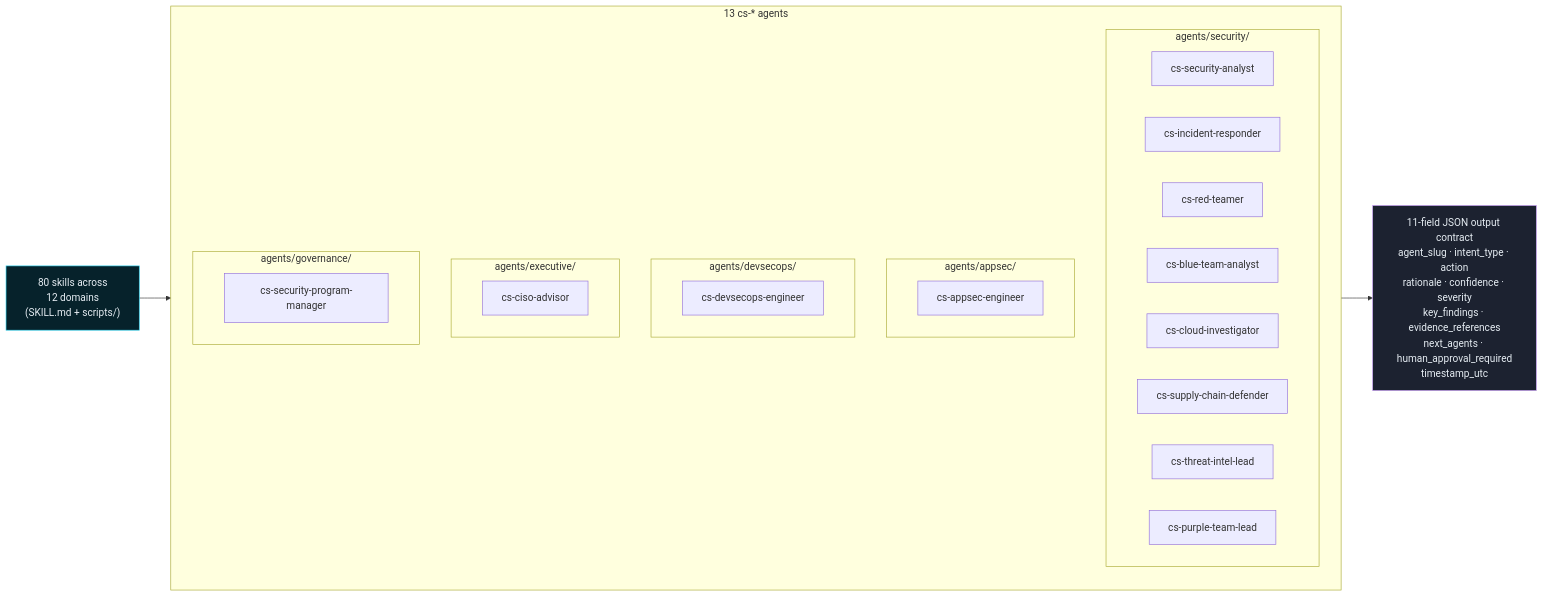
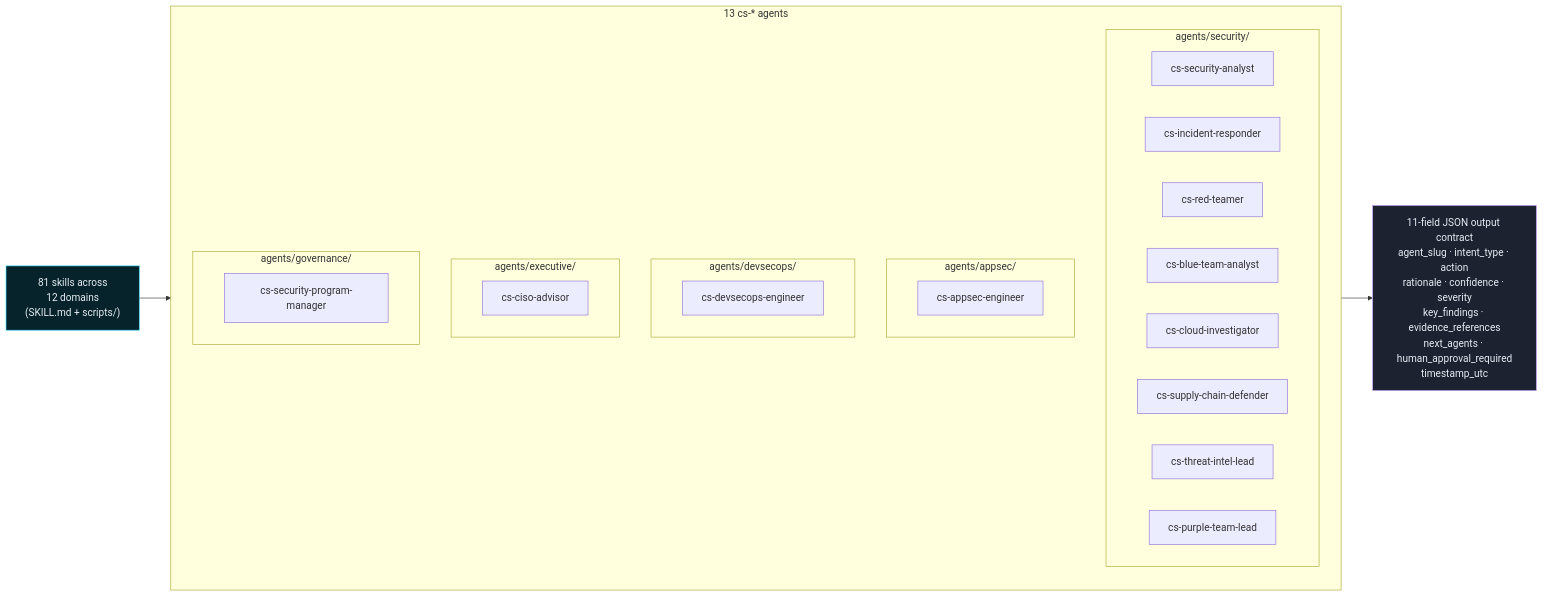
One commit to jaskaranhundal/usap-skills changed the diagram in README.md. Above: the diagram before and after it, drawn with Mermaid. The commit also changed other lines of this file and 30 other files, not shown here.

````diff
--- a/README.md
+++ b/README.md
@@ -97,33 +97,33 @@
 ```mermaid
 flowchart LR
-    SK["80 skills across<br/>12 domains<br/>(SKILL.md + scripts/)"]:::skill --> A
+    SK["81 skills across<br/>12 domains<br/>(SKILL.md + scripts/)"]:::skill --> A
     subgraph A ["13 cs-* agents"]
         direction TB
         subgraph S ["agents/security/"]
             S1[cs-security-analyst]
             S2[cs-incident-responder]
             S3[cs-red-teamer]
             S4[cs-blue-team-analyst]
             S5[cs-cloud-investigator]
             S6[cs-supply-chain-defender]
             S7[cs-threat-intel-lead]
             S8[cs-purple-team-lead]
         end
         subgraph P ["agents/appsec/"]
             P1[cs-appsec-engineer]
         end
         subgraph D ["agents/devsecops/"]
             D1[cs-devsecops-engineer]
         end
         subgraph E ["agents/executive/"]
             E1[cs-ciso-advisor]
         end
         subgraph G ["agents/governance/"]
             G1[cs-security-program-manager]
         end
     end
     A --> OUT["11-field JSON output contract<br/>agent_slug · intent_type · action<br/>rationale · confidence · severity<br/>key_findings · evidence_references<br/>next_agents · human_approval_required<br/>timestamp_utc"]:::out
 
     classDef skill fill:#06222b,stroke:#29d3f0,stroke-width:1px,color:#e6edf3
     classDef out fill:#1c2230,stroke:#d2a8ff,stroke-width:1px,color:#e6edf3
 ```
````
